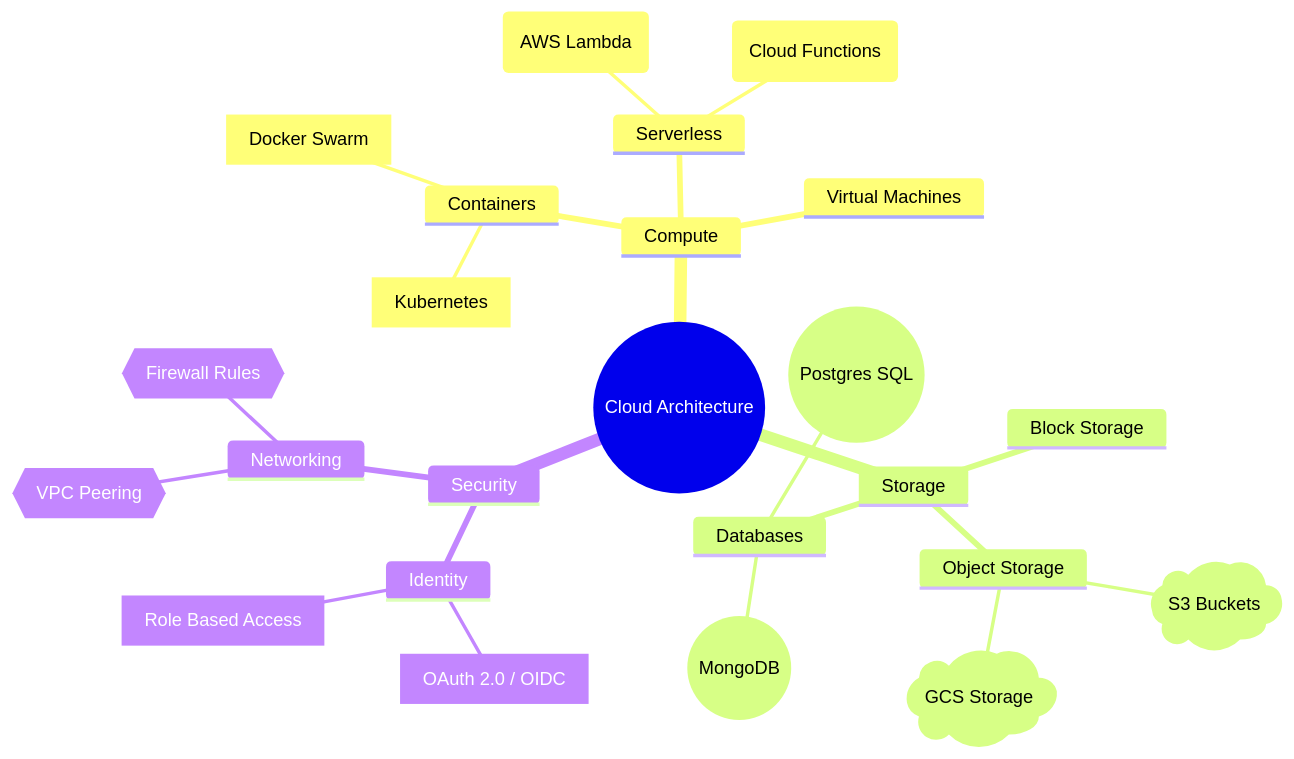
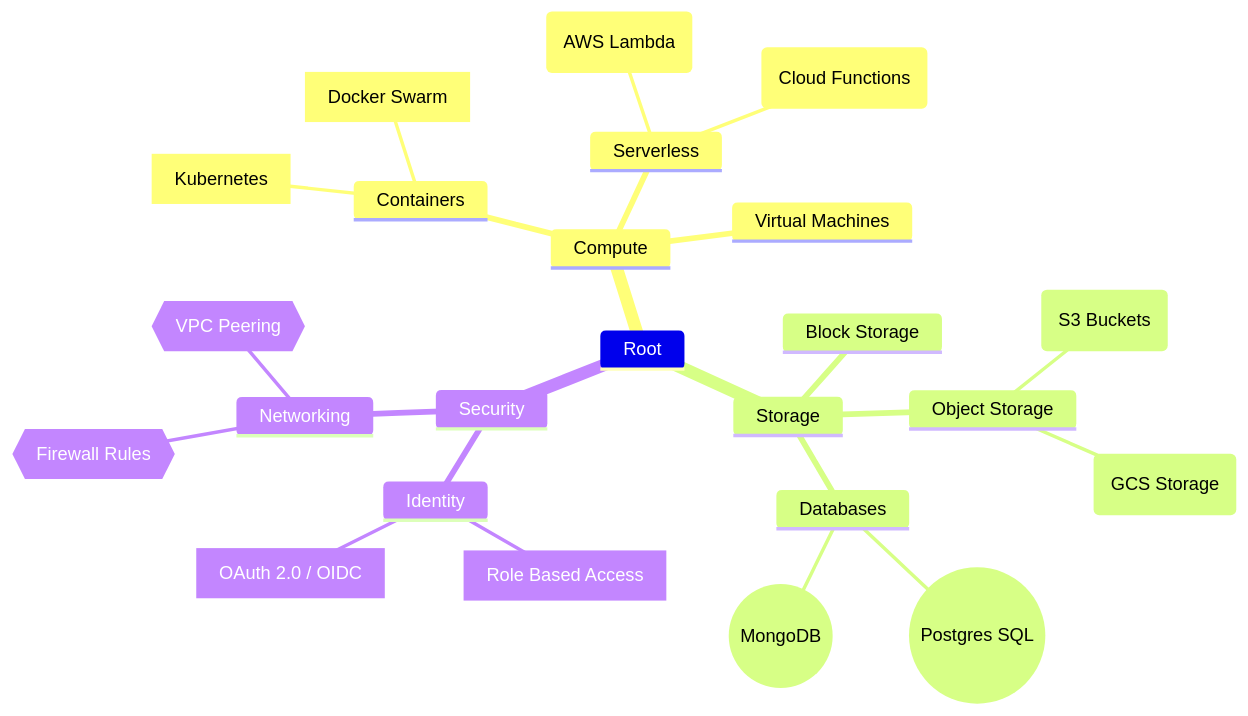
One commit to Mazchoo/Notezilla changed diagram 31 of 46 in src/frontend/static/mermaid_help_manual.md. Above: the diagram before and after it, drawn with Mermaid.

Commit message:
Simplified diagram

````diff
--- a/src/frontend/static/mermaid_help_manual.md
+++ b/src/frontend/static/mermaid_help_manual.md
@@ -875,28 +875,28 @@
 ```mermaid
 mindmap
-  root((Cloud Architecture))
+  Root
     Compute
       Containers
         [Kubernetes]
         [Docker Swarm]
       Serverless
         (AWS Lambda)
         (Cloud Functions)
       Virtual Machines
     Storage
       Object Storage
-        )S3 Buckets(
-        )GCS Storage(
+        (S3 Buckets)
+        (GCS Storage)
       Block Storage
       Databases
         ::icon(fa fa-database)
         ((Postgres SQL))
         ((MongoDB))
     Security
       Identity
         [OAuth 2.0 / OIDC]
         [Role Based Access]
       Networking
         {{VPC Peering}}
         {{Firewall Rules}}
 ```
````
